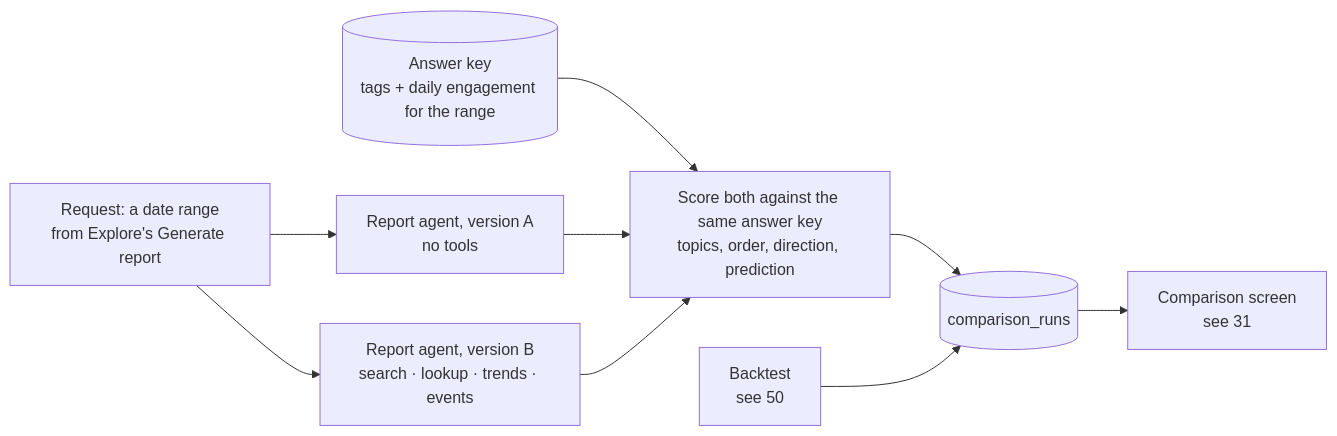
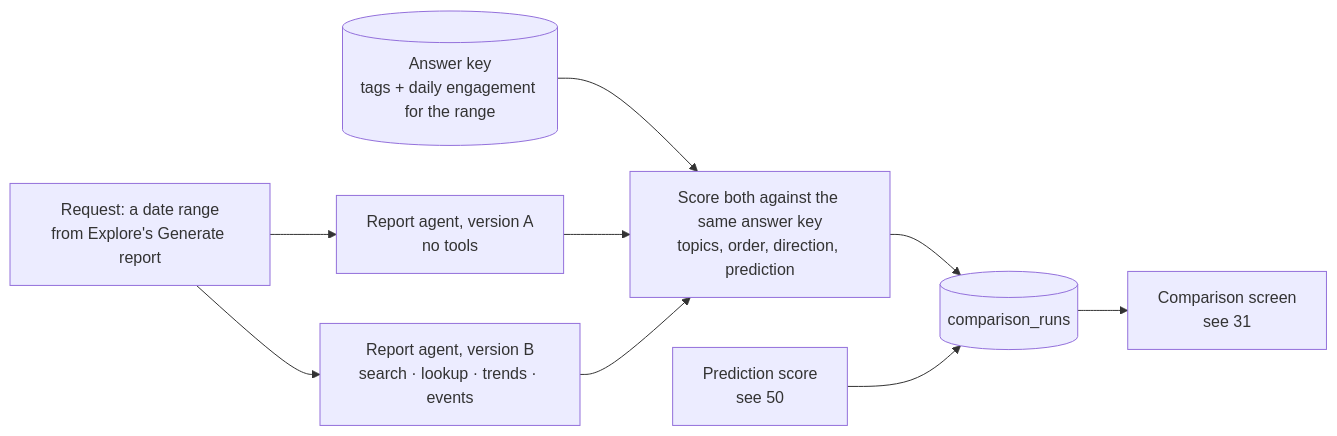
The diagram in docs/atlas/70-comparison.md (brianaderer/transcendent), drawn with Mermaid before and after one commit. The commit also changed 1 other file, not shown here.

Commit message:
Atlas: rename backtest box to prediction score

````diff
--- a/docs/atlas/70-comparison.md
+++ b/docs/atlas/70-comparison.md
@@ -9,20 +9,20 @@
 ```mermaid
 flowchart LR
     REQ["Request: a date range<br/>from Explore's Generate report"]
     A["Report agent, version A<br/>no tools"]
     B["Report agent, version B<br/>search · lookup · trends · events"]
     MEAS["Score both against the same answer key<br/>topics, order, direction, prediction"]
     KEY[("Answer key<br/>tags + daily engagement for the range")]
     KEY --> MEAS
-    BT["Backtest<br/>see 50"]
+    BT["Prediction score<br/>see 50"]
     RUN[("comparison_runs")]
     SCR["Comparison screen<br/>see 31"]
 
     REQ --> A
     REQ --> B
     A --> MEAS
     B --> MEAS
     MEAS --> RUN
     BT --> RUN
     RUN --> SCR
 ```
````
